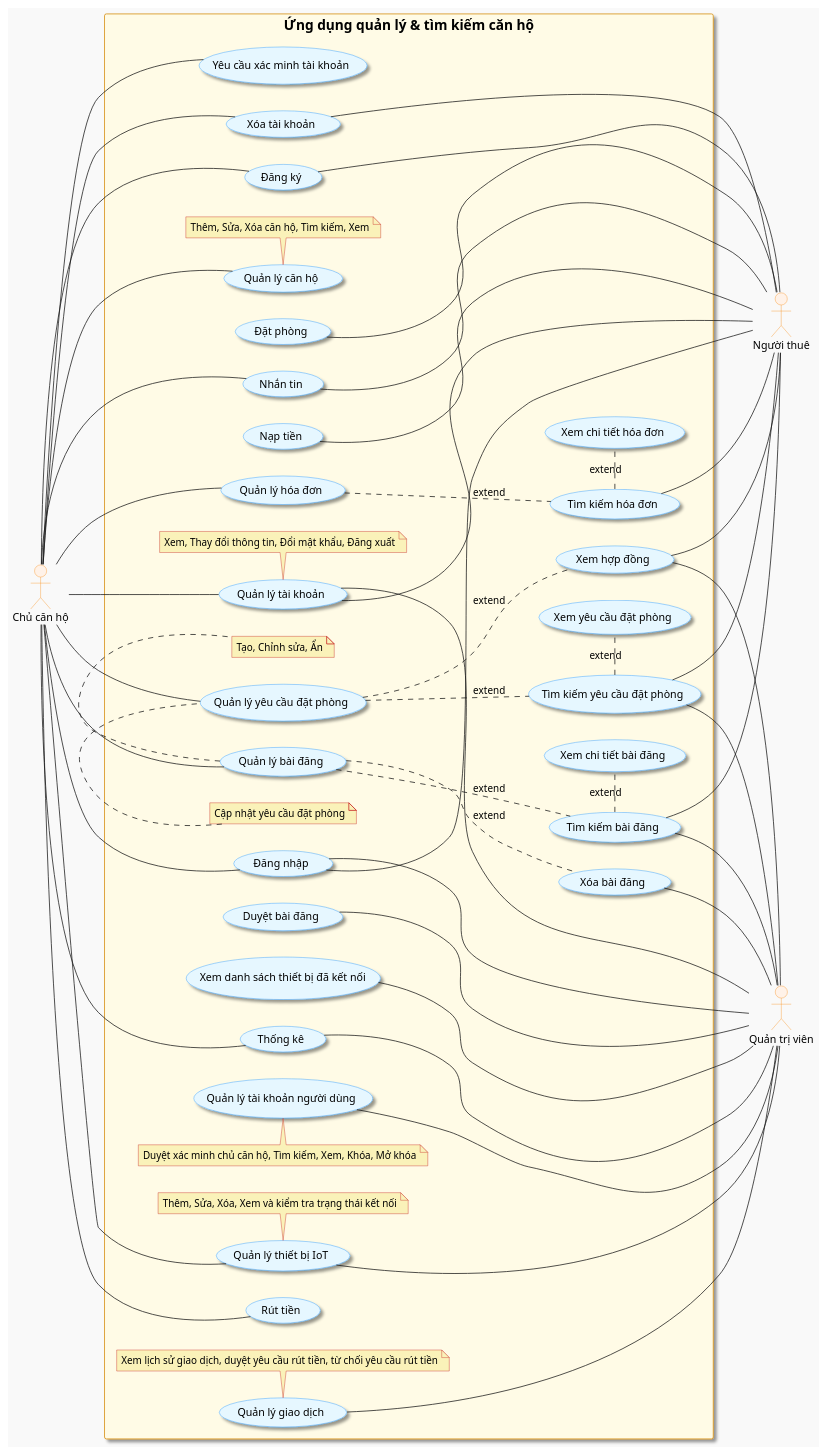
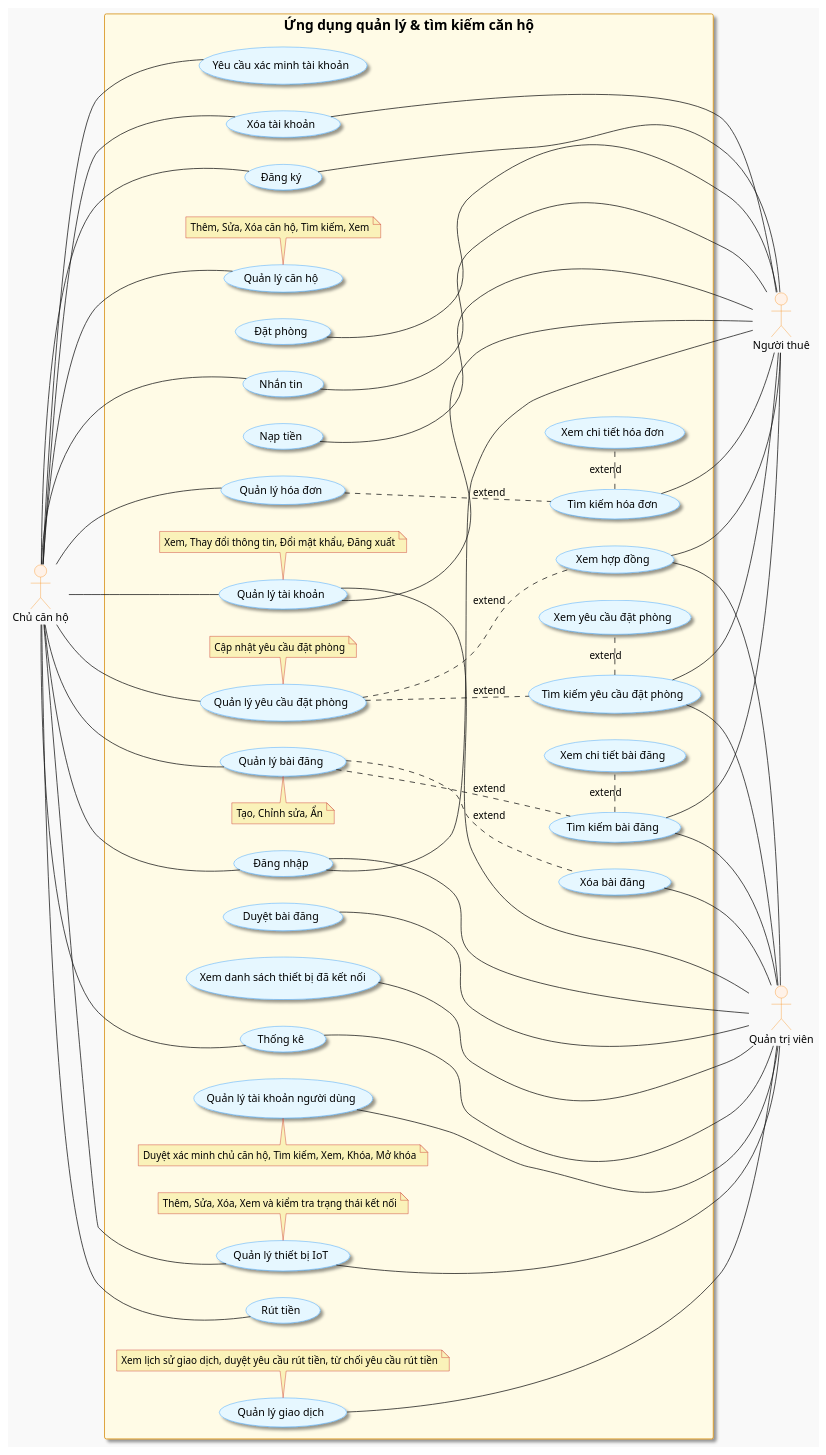
Before and after one commit to nho-moi-so/quan-ly-tim-kiem-phong-tro: the diagram in diagrams/usecase.puml, drawn with PlantUML. The commit also changed 19 other files, not shown here.

Commit message:
feat: initialize architecture diagrams and implement owner profile and feature structures

```diff
--- a/diagrams/usecase.puml
+++ b/diagrams/usecase.puml
@@ -2,162 +2,162 @@
 @startuml usecase-diagram
 skinparam shadowing false
 skinparam backgroundColor #f9f9f9
 skinparam usecase {
     BackgroundColor #e6f7ff
     BorderColor #1890ff
     FontColor #000000
     FontSize 14
     Shadowing true
 }
 skinparam actor {
     BackgroundColor #fff2e8
     BorderColor #fa8c16
     FontColor #000000
     FontSize 14
 }
 skinparam rectangle {
     BackgroundColor #fffbe6
     BorderColor #d48806
     FontColor #000000
     FontSize 18
     Shadowing true
 }
 skinparam note{
     BackgroundColor #faf2b9
     BorderColor #c51c1c
 }
 left to right direction
 
 actor "Quản trị viên" as Admin
 actor "Người thuê" as Guest
 actor "Chủ căn hộ" as Owner
 
 rectangle "Ứng dụng quản lý & tìm kiếm căn hộ"{
 ' Các chức năng của Chủ căn hộ
 ' usecase "Đăng xuất" as logout
 usecase "Đăng nhập" as login
 usecase "Đăng ký" as register
 usecase "Quản lý tài khoản" as manage_account
 note bottom of manage_account: Xem, Thay đổi thông tin, Đổi mật khẩu, Đăng xuất
 usecase "Yêu cầu xác minh tài khoản" as request_owner_verification
 
 usecase "Nạp tiền" as deposit
 usecase "Rút tiền" as withdraw
 usecase "Xóa tài khoản" as delete_account
 usecase "Quản lý căn hộ" as manage_apartment
 note bottom of manage_apartment: Thêm, Sửa, Xóa căn hộ, Tìm kiếm, Xem
 ' usecase "Kết nối khóa cửa IoT" as connect_iot_lock
 ' manage_apartment .. connect_iot_lock: extend
 
 usecase "Quản lý yêu cầu đặt phòng" as manage_booking
-note top of manage_booking: Cập nhật yêu cầu đặt phòng
+note bottom of manage_booking: Cập nhật yêu cầu đặt phòng
 usecase "Xem hợp đồng" as view_booking_contract
 manage_booking .. view_booking_contract: extend
 usecase "Quản lý hóa đơn" as manage_invoice
 ' note bottom of manage_invoice: Hoàn tiền
 usecase "Quản lý bài đăng" as manage_post
-note bottom of manage_post: Tạo, Chỉnh sửa, Ẩn
+note top of manage_post: Tạo, Chỉnh sửa, Ẩn
 usecase "Xóa bài đăng" as delete_post
 manage_post ..delete_post: extend
 usecase "Nhắn tin" as messaging
 usecase "Thống kê" as statistics
 
 ' usecase "Xác thực dữ liệu đặt phòng" as verify_booking_data
 ' view_booking_contract .. verify_booking_data: extend
 
 ' Các chức năng của Người thuê
 ' usecase "Quản lý tài khoản" as manage_account
 ' usecase "Đăng xuất" as logout
 ' usecase "Đăng nhập" as login
 ' usecase "Đăng ký" as register
 ' usecase "Tìm kiếm căn hộ" as search_apartment
 ' usecase "Xem chi tiết căn hộ" as view_apartment_details
 ' manage_apartment .. search_apartment: extend
 ' search_apartment . view_apartment_details: extend
 
 usecase "Đặt phòng" as book_apartment
 ' usecase "Hủy đặt phòng" as cancel_booking
 
 usecase "Tìm kiếm yêu cầu đặt phòng" as search_booking
 manage_booking .. search_booking: extend
 usecase "Xem yêu cầu đặt phòng" as view_booking_requests
 search_booking . view_booking_requests: extend
 
 
 usecase "Tìm kiếm hóa đơn" as search_invoices
 manage_invoice .. search_invoices: extend
 usecase "Xem chi tiết hóa đơn" as view_invoice_details
 search_invoices . view_invoice_details: extend
 usecase "Tìm kiếm bài đăng" as search_posts
 manage_post .. search_posts: extend
 usecase "Xem chi tiết bài đăng" as view_post_details
 search_posts . view_post_details: extend
 ' usecase "Nhắn tin" as messaging
 
 ' usecase "Báo cáo vi phạm" as report_violation
 
 ' Các chức năng của Quản trị viên
 usecase "Quản lý tài khoản người dùng" as manage_user_accounts
 note top of manage_user_accounts: Duyệt xác minh chủ căn hộ, Tìm kiếm, Xem, Khóa, Mở khóa
 ' usecase "Đăng xuất" as logout
 ' usecase "Đăng nhập" as login
 ' usecase "Đổi mật khẩu" as change_password
 ' manage_account .. change_password: extend
 'usecase "Quản lý bài đăng" as manage_post
 usecase "Duyệt bài đăng" as approve_posts
 ' usecase "Thống kê" as statistics
 usecase "Quản lý thiết bị IoT" as manage_iot_devices
 note bottom of manage_iot_devices: Thêm, Sửa, Xóa, Xem và kiểm tra trạng thái kết nối
 usecase "Xem danh sách thiết bị đã kết nối" as view_list_device_connected
 usecase "Quản lý giao dịch" as manage_transactions
 note bottom of manage_transactions: Xem lịch sử giao dịch, duyệt yêu cầu rút tiền, từ chối yêu cầu rút tiền
 ' nối các usecase
 'Chủ căn hộ
 (Owner) -- (login)
 (Owner) -- (register)
 (Owner) -- (manage_account)
 (request_owner_verification) - (Owner)
 (Owner) -- (manage_apartment)
 (Owner) -- (manage_booking)
 (Owner) -- (manage_invoice)
 (Owner) -- (manage_post)
 (Owner) -- (messaging)
 (Owner) -- (statistics)
 (Owner) -- (manage_iot_devices)
 ' (Owner) -- (connect_iot_lock)
 (Owner) -- (withdraw)
 (Owner) -- (delete_account)
 
 
 'Người thuê
 (register) - (Guest)
 (login) - (Guest)
 (manage_account) -- (Guest)
 (search_posts) -- (Guest)
 (book_apartment) - (Guest)
 ' (cancel_booking) - (Guest)
 (search_booking) -- (Guest)
 (search_invoices) -- (Guest)
 (view_booking_contract) -- (Guest)
 (messaging) - (Guest)
 ' (report_violation) - (Guest)
 (deposit) - (Guest)
 ' (withdraw) - (Guest)
 (delete_account) - (Guest)
 
 'Quản trị viên
 (login) --- (Admin)
 (manage_user_accounts) - (Admin)
 (manage_account) -- (Admin)
 (search_posts) -- (Admin)
 (approve_posts) - (Admin)
 (delete_post) -- (Admin)
 ' (change_password) -- (Admin)
 (manage_iot_devices) - (Admin)
 (view_list_device_connected) - (Admin)
 (search_booking) -- (Admin)
 (view_booking_contract) -- (Admin)
 (manage_transactions) - (Admin)
 (statistics) - (Admin)
 }
 @enduml
```
